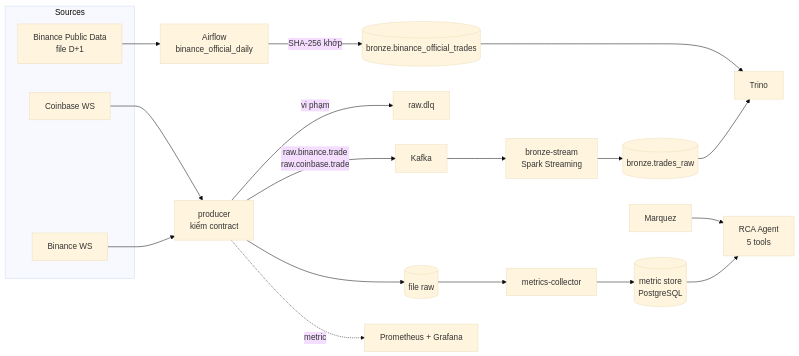
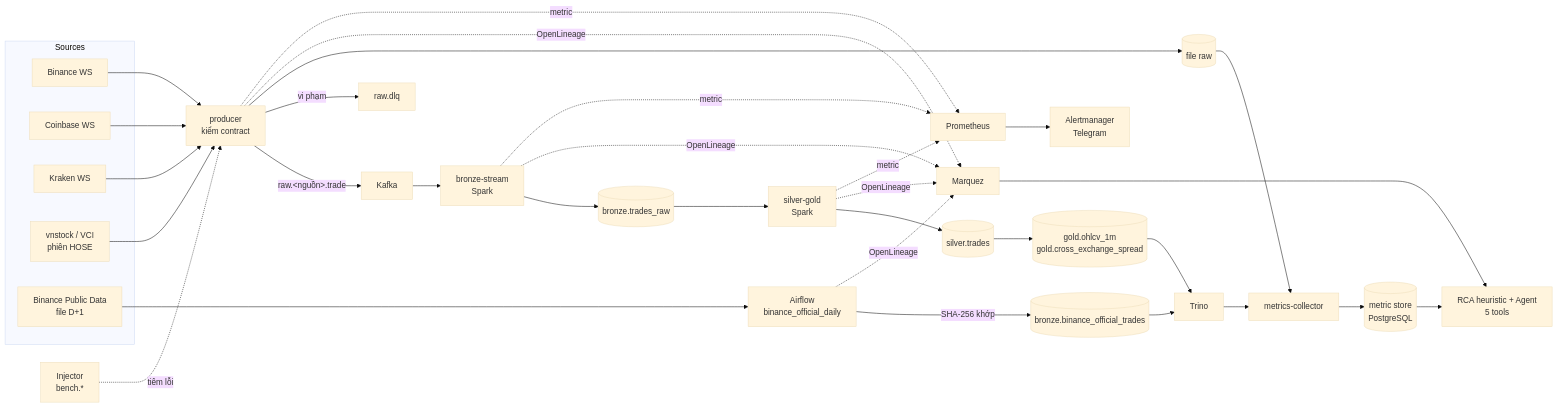
One commit to tattu1812/finobs changed the diagram in README.md. Above: the diagram before and after it, drawn with Mermaid (base theme). The commit also changed other lines of this file and 4 other files, not shown here.

````diff
--- a/README.md
+++ b/README.md
@@ -29,20 +29,26 @@
 ```mermaid
 flowchart LR
     subgraph Sources
         B[Binance WS]
         C[Coinbase WS]
+        KR[Kraken WS]
+        VN[vnstock / VCI<br/>phiên HOSE]
         BP[Binance Public Data<br/>file D+1]
     end
-    B & C --> P[producer<br/>kiểm contract]
-    P -->|raw.binance.trade<br/>raw.coinbase.trade| K[Kafka]
+    B & C & KR & VN --> P[producer<br/>kiểm contract]
+    P -->|raw.&lt;nguồn&gt;.trade| K[Kafka]
     P -->|vi phạm| DLQ[raw.dlq]
-    K --> S[bronze-stream<br/>Spark Streaming]
+    K --> S[bronze-stream<br/>Spark]
     S --> BR[(bronze.trades_raw)]
+    BR --> SG[silver-gold<br/>Spark]
+    SG --> SV[(silver.trades)] --> GD[(gold.ohlcv_1m<br/>gold.cross_exchange_spread)]
     BP --> AF[Airflow<br/>binance_official_daily]
     AF -->|SHA-256 khớp| BO[(bronze.binance_official_trades)]
-    BR & BO --> T[Trino]
+    GD & BO --> T[Trino]
     P --> RAW[(file raw)] --> MC[metrics-collector] --> MS[(metric store<br/>PostgreSQL)]
-    MS --> A[RCA Agent<br/>5 tools]
-    MQ[Marquez] --> A
-    P -. metric .-> PR[Prometheus + Grafana]
+    T --> MC
+    MS --> A[RCA heuristic + Agent<br/>5 tools]
+    P & S & SG & AF -. OpenLineage .-> MQ[Marquez] --> A
+    P & S & SG -. metric .-> PR[Prometheus] --> AM[Alertmanager<br/>Telegram]
+    INJ[Injector<br/>bench.*] -. tiêm lỗi .-> P
 ```
````
